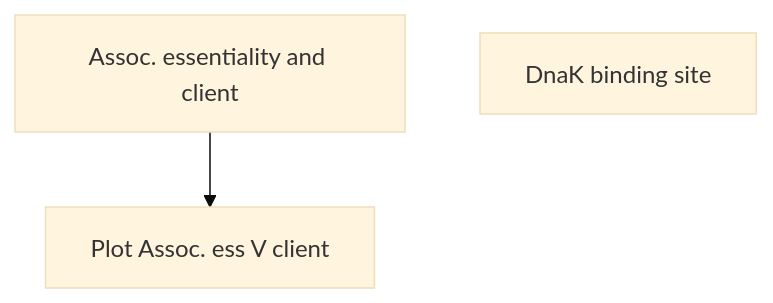
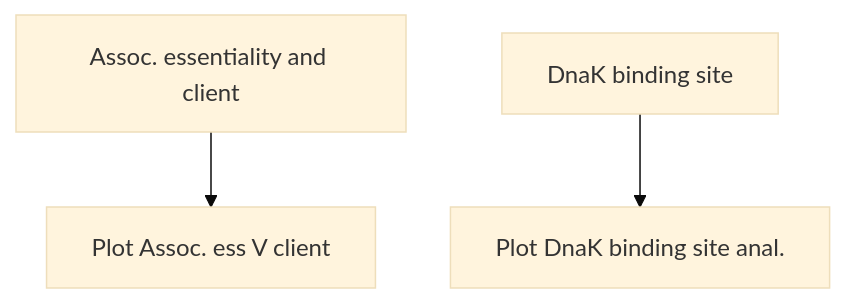
One commit to obrien-lab-psu/Failure-to-Form_Native_Entanglements changed the diagram in Chaperone_Client_Associations/README.md. Above: the diagram before and after it, drawn with Mermaid (base theme).

Commit message:
added plots for DnaK binding motif scna

````diff
--- a/Chaperone_Client_Associations/README.md
+++ b/Chaperone_Client_Associations/README.md
@@ -5,7 +5,9 @@
 ```mermaid
 graph TD
     A[Assoc. essentiality and client] --> C[Plot Assoc. ess V client]
-    B[DnaK binding site]
+    B[DnaK binding site] --> D[Plot DnaK binding site anal.]
     click A "https://github.com/obrien-lab-psu/Failure-to-Form_Native_Entanglements/tree/main/Chaperone_Client_Associations#usage-of-assoc_client_n_essentialpy"
+    click B "https://github.com/obrien-lab-psu/Failure-to-Form_Native_Entanglements/tree/main/Chaperone_Client_Associations#presence-of-dnak-binding-sites-in-entangled-regions"
     click C "https://github.com/obrien-lab-psu/Failure-to-Form_Native_Entanglements/tree/main/Chaperone_Client_Associations#usage-of-plot_assoc_client_n_essentialpy"
+    click D "https://github.com/obrien-lab-psu/Failure-to-Form_Native_Entanglements/tree/main/Chaperone_Client_Associations#usage-of-plot_dnak_simple_motif_scanpy"
 ``` 
````
